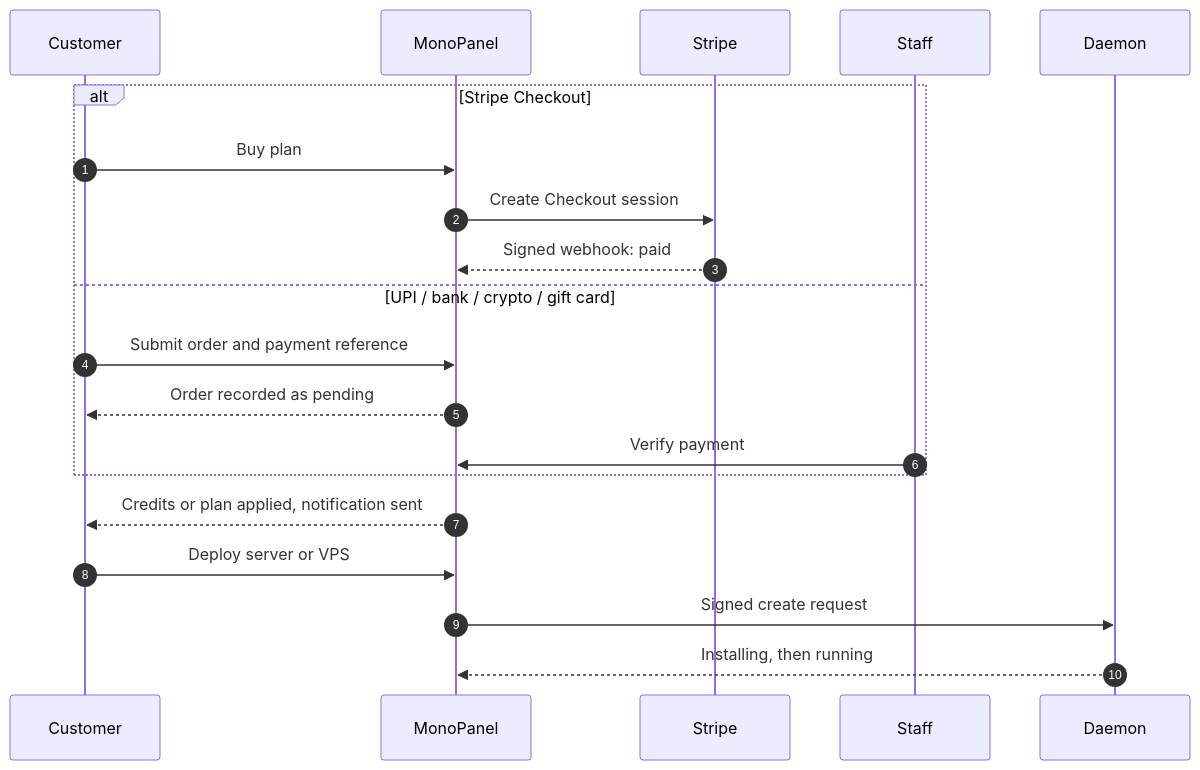
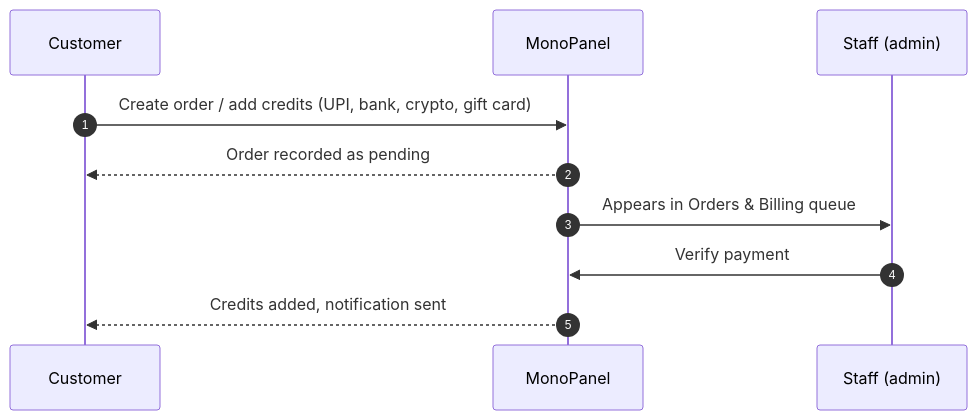
One commit to MonoPanelOFFICIAL/MonoPanel-Panel changed the second of 2 diagrams in README.md. Above: the diagram before and after it, drawn with Mermaid. The commit also changed other lines of this file and 51 other files, not shown here.

Commit message:
Update MonoPanel panel

````diff
--- a/README.md
+++ b/README.md
@@ -389,23 +232,12 @@
 ```mermaid
 sequenceDiagram
     autonumber
     participant C as Customer
-    participant P as MonoPanel
-    participant S as Stripe
-    participant A as Staff
-    participant D as Daemon
-
-    alt Stripe Checkout
-        C->>P: Buy plan
-        P->>S: Create Checkout session
-        S-->>P: Signed webhook: paid
-    else UPI / bank / crypto / gift card
-        C->>P: Submit order and payment reference
-        P-->>C: Order recorded as pending
-        A->>P: Verify payment
-    end
-    P-->>C: Credits or plan applied, notification sent
-    C->>P: Deploy server or VPS
-    P->>D: Signed create request
-    D-->>P: Installing, then running
+    participant W as MonoPanel
+    participant S as Staff (admin)
+    C->>W: Create order / add credits (UPI, bank, crypto, gift card)
+    W-->>C: Order recorded as pending
+    W->>S: Appears in Orders & Billing queue
+    S->>W: Verify payment
+    W-->>C: Credits added, notification sent
 ```
````
